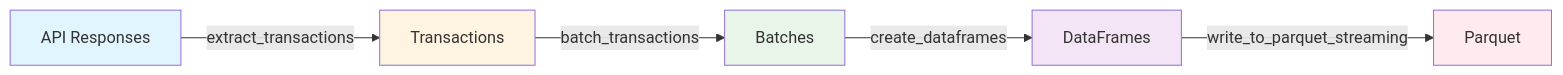
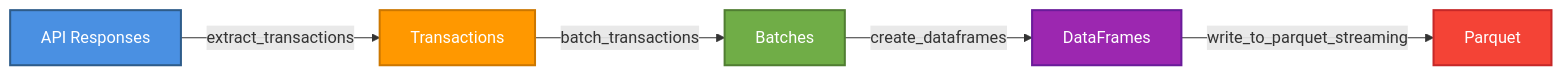
One commit to nferreira/pyarrow-example-to-handle-bronze-data changed the first of 2 diagrams in src/parquet_s3_blocks_writer/generator/docs/crash-course.md. Above: the diagram before and after it, drawn with Mermaid. The commit also changed other lines of this file and 13 other files, not shown here.

````diff
--- a/src/parquet_s3_blocks_writer/generator/docs/crash-course.md
+++ b/src/parquet_s3_blocks_writer/generator/docs/crash-course.md
@@ -824,13 +824,13 @@
 ```mermaid
 flowchart LR
     A[API Responses] -->|extract_transactions| B[Transactions]
     B -->|batch_transactions| C[Batches]
     C -->|create_dataframes| D[DataFrames]
     D -->|write_to_parquet_streaming| E[Parquet]
     
-    style A fill:#e1f5ff
-    style B fill:#fff4e1
-    style C fill:#e8f5e9
-    style D fill:#f3e5f5
-    style E fill:#ffebee
+    style A fill:#4A90E2,stroke:#2E5C8A,stroke-width:2px,color:#fff
+    style B fill:#FF9800,stroke:#CC7700,stroke-width:2px,color:#fff
+    style C fill:#70AD47,stroke:#507E32,stroke-width:2px,color:#fff
+    style D fill:#9C27B0,stroke:#6A1B9A,stroke-width:2px,color:#fff
+    style E fill:#F44336,stroke:#C62828,stroke-width:2px,color:#fff
 ```
````
